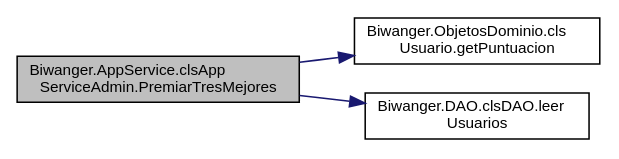
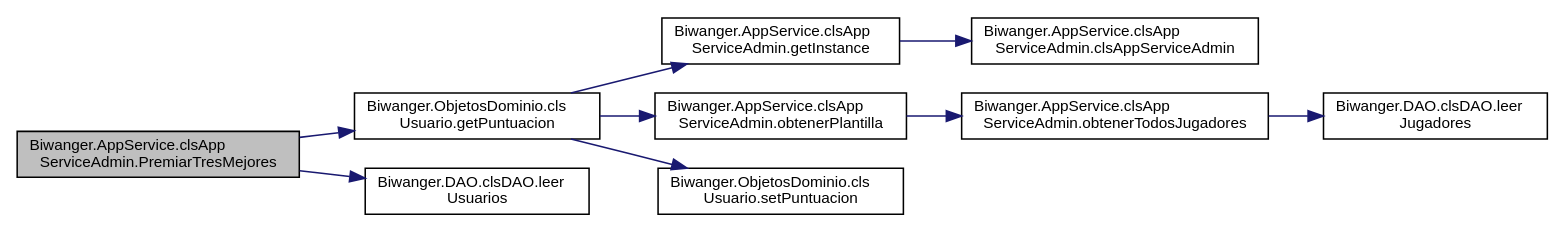
One commit to nagorecb/BiwangerServidor changed the diagram in docs/class_biwanger_1_1_app_service_1_1cls_app_service_admin_a745d1a0c5ea706ffd97616cb4d2e0672_cgraph.dot. Above: the diagram before and after it, drawn with Graphviz. The commit also changed 94 other files, not shown here.

```diff
--- a/docs/class_biwanger_1_1_app_service_1_1cls_app_service_admin_a745d1a0c5ea706ffd97616cb4d2e0672_cgraph.dot
+++ b/docs/class_biwanger_1_1_app_service_1_1cls_app_service_admin_a745d1a0c5ea706ffd97616cb4d2e0672_cgraph.dot
@@ -1,12 +1,24 @@
 digraph "Biwanger.AppService.clsAppServiceAdmin.PremiarTresMejores"
 {
  // LATEX_PDF_SIZE
   edge [fontname="Helvetica",fontsize="10",labelfontname="Helvetica",labelfontsize="10"];
   node [fontname="Helvetica",fontsize="10",shape=record];
   rankdir="LR";
   Node1 [label="Biwanger.AppService.clsApp\lServiceAdmin.PremiarTresMejores",height=0.2,width=0.4,color="black", fillcolor="grey75", style="filled", fontcolor="black",tooltip=" "];
   Node1 -> Node2 [color="midnightblue",fontsize="10",style="solid",fontname="Helvetica"];
   Node2 [label="Biwanger.ObjetosDominio.cls\lUsuario.getPuntuacion",height=0.2,width=0.4,color="black", fillcolor="white", style="filled",URL="$class_biwanger_1_1_objetos_dominio_1_1cls_usuario.html#a8043716fb0488b460818ea29e73410e6",tooltip=" "];
-  Node1 -> Node3 [color="midnightblue",fontsize="10",style="solid",fontname="Helvetica"];
-  Node3 [label="Biwanger.DAO.clsDAO.leer\lUsuarios",height=0.2,width=0.4,color="black", fillcolor="white", style="filled",URL="$class_biwanger_1_1_d_a_o_1_1cls_d_a_o.html#ac5b5d7f6081c59086f4f9572bf639783",tooltip=" "];
+  Node2 -> Node3 [color="midnightblue",fontsize="10",style="solid",fontname="Helvetica"];
+  Node3 [label="Biwanger.AppService.clsApp\lServiceAdmin.getInstance",height=0.2,width=0.4,color="black", fillcolor="white", style="filled",URL="$class_biwanger_1_1_app_service_1_1cls_app_service_admin.html#a868f96796d94344e5a4b03e97086b7a1",tooltip=" "];
+  Node3 -> Node4 [color="midnightblue",fontsize="10",style="solid",fontname="Helvetica"];
+  Node4 [label="Biwanger.AppService.clsApp\lServiceAdmin.clsAppServiceAdmin",height=0.2,width=0.4,color="black", fillcolor="white", style="filled",URL="$class_biwanger_1_1_app_service_1_1cls_app_service_admin.html#a0737e02f68225f27d91758a1b57860b7",tooltip=" "];
+  Node2 -> Node5 [color="midnightblue",fontsize="10",style="solid",fontname="Helvetica"];
+  Node5 [label="Biwanger.AppService.clsApp\lServiceAdmin.obtenerPlantilla",height=0.2,width=0.4,color="black", fillcolor="white", style="filled",URL="$class_biwanger_1_1_app_service_1_1cls_app_service_admin.html#a7afcdff078b56c311f5f87faf3c085ff",tooltip=" "];
+  Node5 -> Node6 [color="midnightblue",fontsize="10",style="solid",fontname="Helvetica"];
+  Node6 [label="Biwanger.AppService.clsApp\lServiceAdmin.obtenerTodosJugadores",height=0.2,width=0.4,color="black", fillcolor="white", style="filled",URL="$class_biwanger_1_1_app_service_1_1cls_app_service_admin.html#a27e6abd6e208ab631d047968791b6a12",tooltip=" "];
+  Node6 -> Node7 [color="midnightblue",fontsize="10",style="solid",fontname="Helvetica"];
+  Node7 [label="Biwanger.DAO.clsDAO.leer\lJugadores",height=0.2,width=0.4,color="black", fillcolor="white", style="filled",URL="$class_biwanger_1_1_d_a_o_1_1cls_d_a_o.html#aee6320d3de60ff15133ac7d8e4b787a0",tooltip=" "];
+  Node2 -> Node8 [color="midnightblue",fontsize="10",style="solid",fontname="Helvetica"];
+  Node8 [label="Biwanger.ObjetosDominio.cls\lUsuario.setPuntuacion",height=0.2,width=0.4,color="black", fillcolor="white", style="filled",URL="$class_biwanger_1_1_objetos_dominio_1_1cls_usuario.html#afe10a921318df0ae42cd3449c5898bfe",tooltip=" "];
+  Node1 -> Node9 [color="midnightblue",fontsize="10",style="solid",fontname="Helvetica"];
+  Node9 [label="Biwanger.DAO.clsDAO.leer\lUsuarios",height=0.2,width=0.4,color="black", fillcolor="white", style="filled",URL="$class_biwanger_1_1_d_a_o_1_1cls_d_a_o.html#ac5b5d7f6081c59086f4f9572bf639783",tooltip=" "];
 }
```
